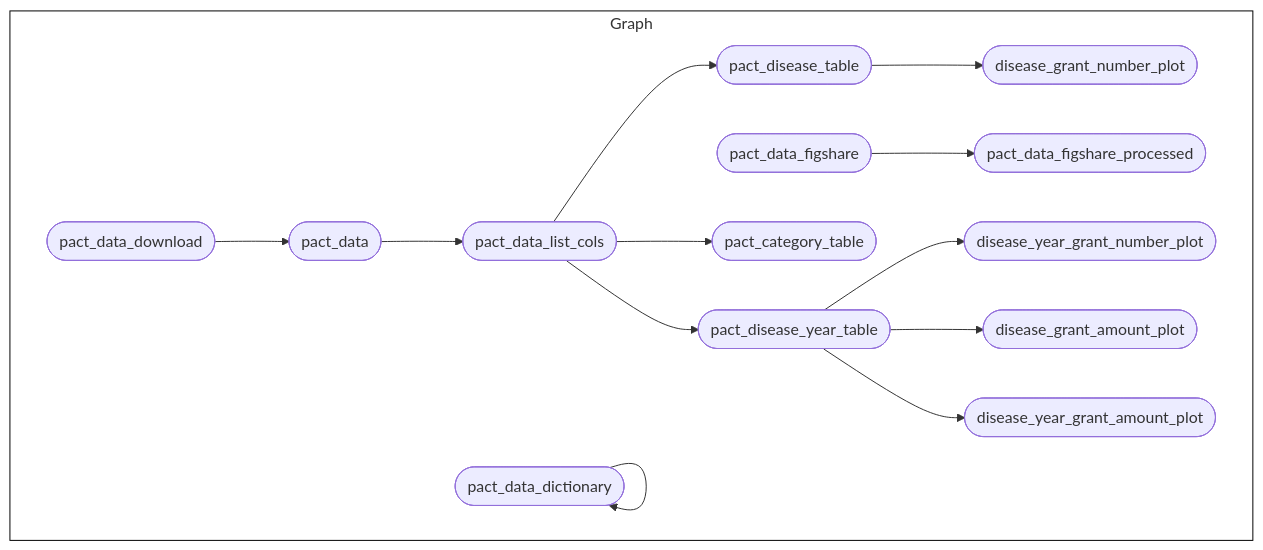
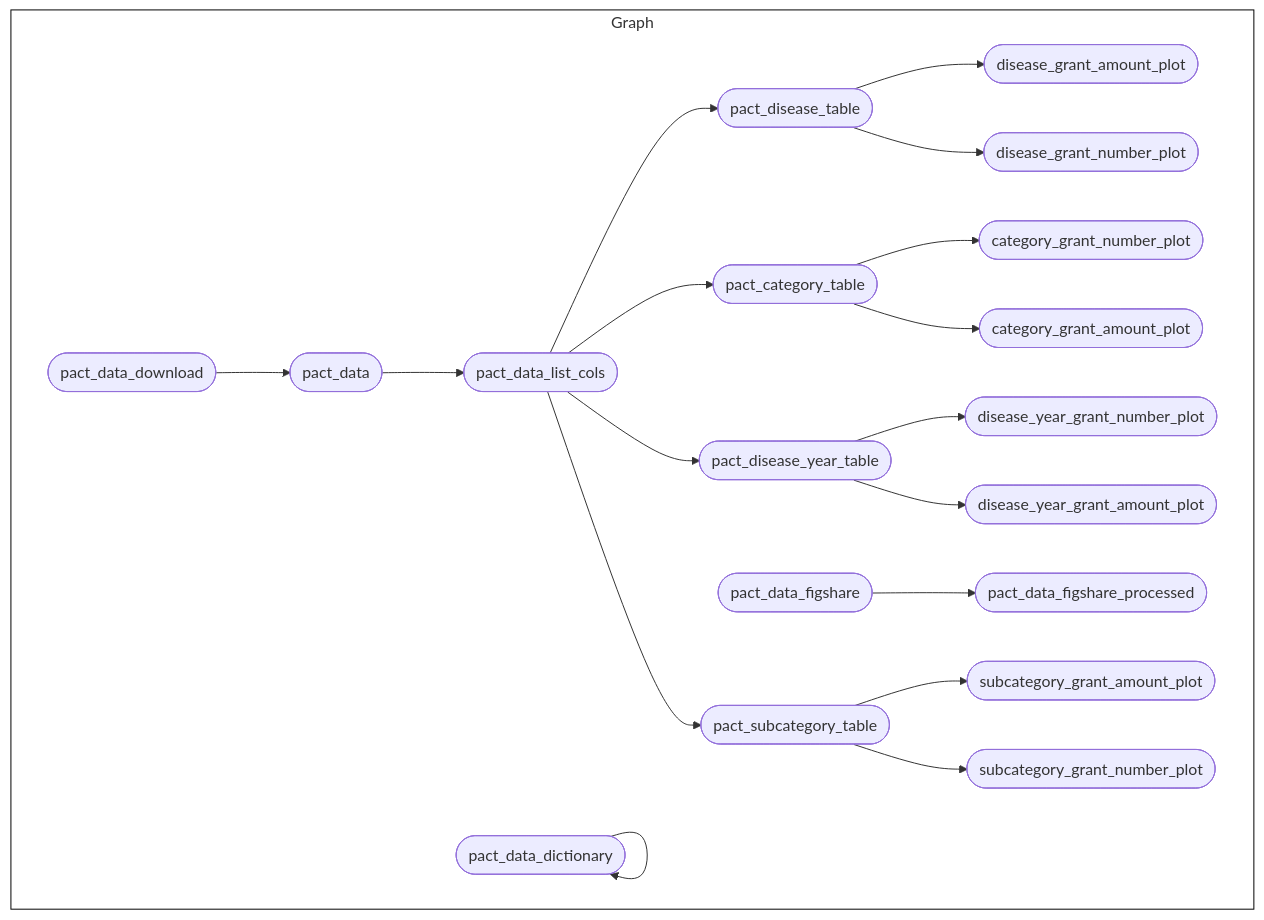
Before and after one commit to OxfordIHTM/pandemic-pact-research: the diagram in README.md, drawn with Mermaid. The commit also changed 11 other files, not shown here.

````diff
--- a/README.md
+++ b/README.md
@@ -119,18 +119,23 @@
 ``` mermaid
 graph LR
   style Graph fill:#FFFFFF00,stroke:#000000;
   subgraph Graph
     direction LR
     xcc1dd80fe3b3ae4f(["pact_data"]):::uptodate --> x425b856cafed2e14(["pact_data_list_cols"]):::uptodate
     x1942bfb70161773c(["pact_data_download"]):::uptodate --> xcc1dd80fe3b3ae4f(["pact_data"]):::uptodate
     x9cdc471408af7c20(["pact_disease_year_table"]):::uptodate --> x6d53c82f99adf5ab(["disease_year_grant_number_plot"]):::uptodate
+    x4b2eaf5f2a623723(["pact_subcategory_table"]):::uptodate --> x266262b940d59309(["subcategory_grant_amount_plot"]):::uptodate
+    x17238a644d1c9613(["pact_category_table"]):::uptodate --> xbd0d7f2969e060ce(["category_grant_number_plot"]):::uptodate
     x152e77733f2137bd(["pact_data_figshare"]):::uptodate --> xf4a808aa1c06cf39(["pact_data_figshare_processed"]):::uptodate
-    x9cdc471408af7c20(["pact_disease_year_table"]):::uptodate --> xb30b2ab86188f377(["disease_grant_amount_plot"]):::uptodate
+    x048fedabfb1dc4d1(["pact_disease_table"]):::uptodate --> xb30b2ab86188f377(["disease_grant_amount_plot"]):::uptodate
     x425b856cafed2e14(["pact_data_list_cols"]):::uptodate --> x048fedabfb1dc4d1(["pact_disease_table"]):::uptodate
     x425b856cafed2e14(["pact_data_list_cols"]):::uptodate --> x17238a644d1c9613(["pact_category_table"]):::uptodate
+    x4b2eaf5f2a623723(["pact_subcategory_table"]):::uptodate --> xc3ee1024694a8917(["subcategory_grant_number_plot"]):::uptodate
+    x17238a644d1c9613(["pact_category_table"]):::uptodate --> xeebcb2a0add07e8b(["category_grant_amount_plot"]):::uptodate
     x048fedabfb1dc4d1(["pact_disease_table"]):::uptodate --> x861440ba71ebf0a2(["disease_grant_number_plot"]):::uptodate
     x9cdc471408af7c20(["pact_disease_year_table"]):::uptodate --> x2d3474670cc57c2a(["disease_year_grant_amount_plot"]):::uptodate
     x425b856cafed2e14(["pact_data_list_cols"]):::uptodate --> x9cdc471408af7c20(["pact_disease_year_table"]):::uptodate
+    x425b856cafed2e14(["pact_data_list_cols"]):::uptodate --> x4b2eaf5f2a623723(["pact_subcategory_table"]):::uptodate
     x129fabe77e33db5d(["pact_data_dictionary"]):::uptodate --> x129fabe77e33db5d(["pact_data_dictionary"]):::uptodate
   end
 ```
````
